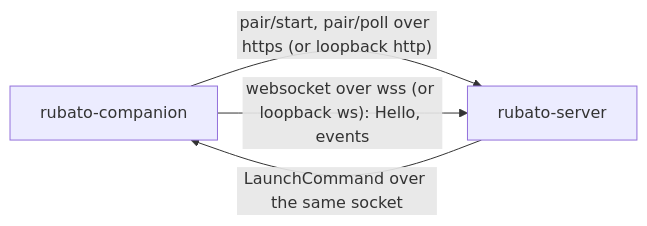
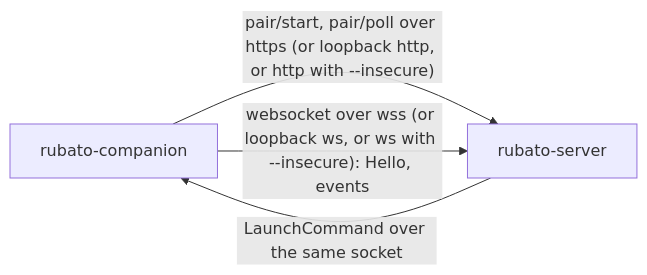
Before and after one commit to m0x6A/rubato: the diagram in docs/plans/194.md, drawn with Mermaid. The commit also changed other lines of this file and 1 other file, not shown here.

Commit message:
Plan #194: Q1 answered, option 2 with persistence (pair --insecure); ADR 0067 updated, re-pinned

````diff
--- a/docs/plans/194.md
+++ b/docs/plans/194.md
@@ -60,6 +68,6 @@
 ```mermaid
 flowchart LR
-  C[rubato-companion] -- "pair/start, pair/poll over https (or loopback http)" --> S[rubato-server]
-  C -- "websocket over wss (or loopback ws): Hello, events" --> S
+  C[rubato-companion] -- "pair/start, pair/poll over https (or loopback http, or http with --insecure)" --> S[rubato-server]
+  C -- "websocket over wss (or loopback ws, or ws with --insecure): Hello, events" --> S
   S -- "LaunchCommand over the same socket" --> C
 ```
````
